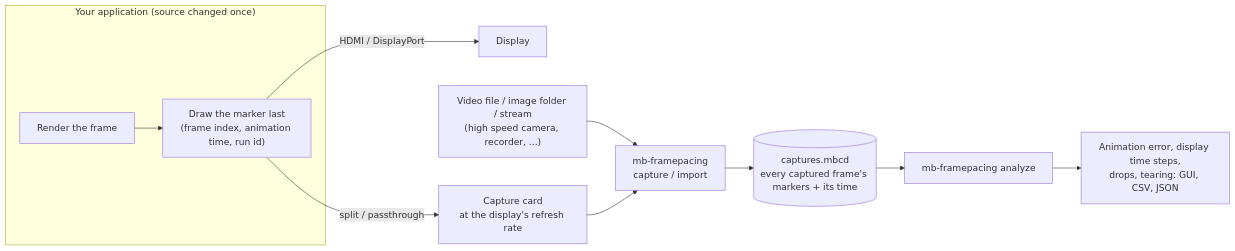
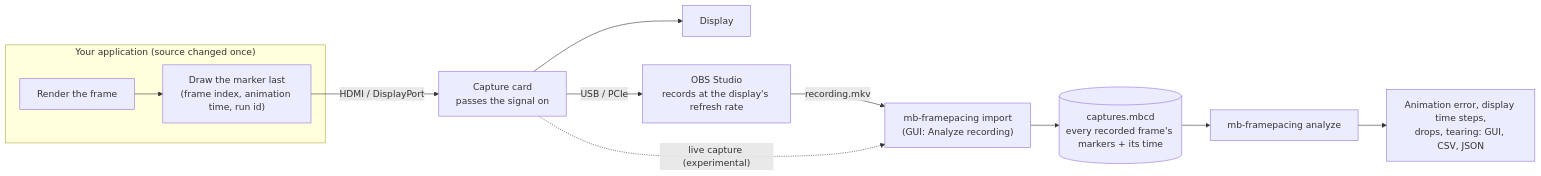
One commit to Unarmed1000/mb-framepacing changed the first of 4 diagrams in README.md. Above: the diagram before and after it, drawn with Mermaid. The commit also changed other lines of this file and 8 other files, not shown here.

````diff
--- a/README.md
+++ b/README.md
@@ -93,13 +46,14 @@
 ```mermaid
 flowchart LR
     subgraph app["Your application (source changed once)"]
         A[Render the frame] --> B["Draw the marker last<br/>(frame index, animation time, run id)"]
     end
-    B -->|HDMI / DisplayPort| C[Display]
-    B -->|split / passthrough| D["Capture card<br/>at the display's refresh rate"]
-    V["Video file / image folder / stream<br/>(high speed camera, recorder, ...)"] --> E
-    D --> E["mb-framepacing<br/>capture / import"]
-    E --> F[("captures.mbcd<br/>every captured frame's markers + its time")]
+    B -->|HDMI / DisplayPort| D["Capture card<br/>passes the signal on"]
+    D --> C[Display]
+    D -->|USB / PCIe| O["OBS Studio<br/>records at the display's refresh rate"]
+    O -->|recording.mkv| E["mb-framepacing import<br/>(GUI: Analyze recording)"]
+    D -.->|"live capture (experimental)"| E
+    E --> F[("captures.mbcd<br/>every recorded frame's markers + its time")]
     F --> G["mb-framepacing analyze"]
     G --> H["Animation error, display time steps,<br/>drops, tearing: GUI, CSV, JSON"]
 ```
````
